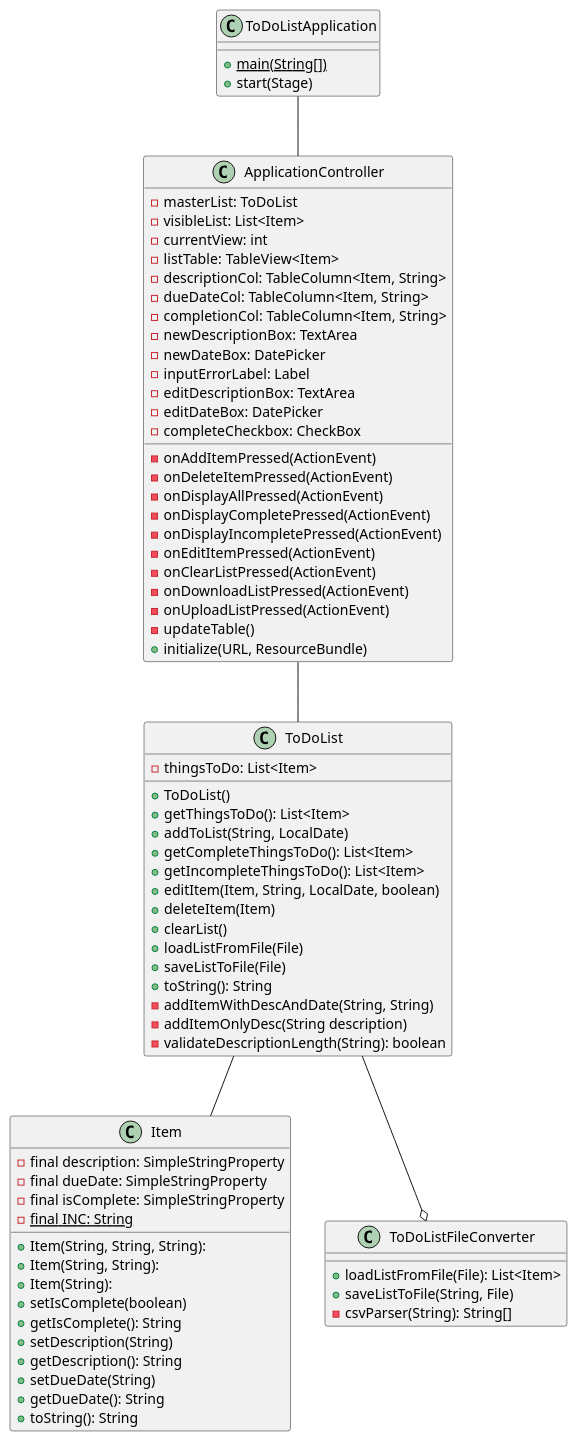
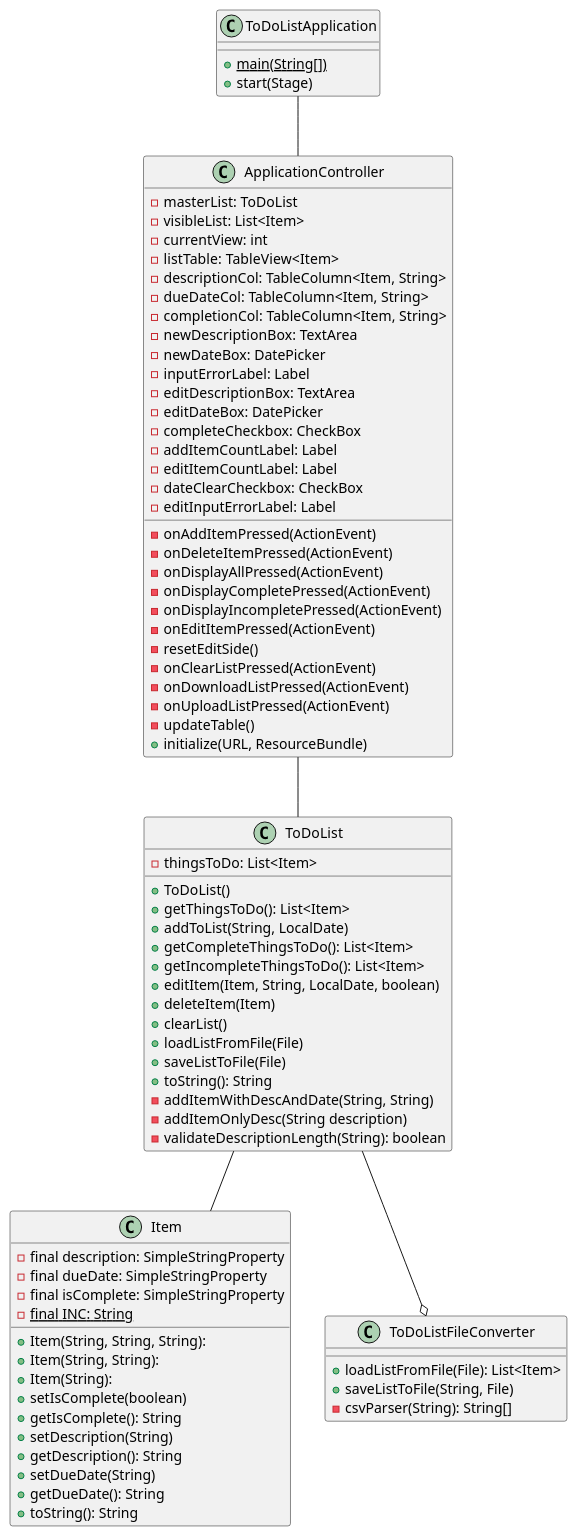
One commit to MRosario530/Rosario-app1-impl changed the diagram in docs/todolistuml.puml. Above: the diagram before and after it, drawn with PlantUML. The commit also changed 5 other files, not shown here.

Commit message:
committing final build, test cases, UML and GUI

```diff
--- a/docs/todolistuml.puml
+++ b/docs/todolistuml.puml
@@ -1,89 +1,94 @@
 @startuml
 
 class ToDoListApplication {
     'methods
     +main(String[]) {static}
     +start(Stage)
 }
 
 class ApplicationController {
     'attributes
     -masterList: ToDoList
     -visibleList: List<Item>
     -currentView: int
     -listTable: TableView<Item>
     -descriptionCol: TableColumn<Item, String>
     -dueDateCol: TableColumn<Item, String>
     -completionCol: TableColumn<Item, String>
     -newDescriptionBox: TextArea
     -newDateBox: DatePicker
     -inputErrorLabel: Label
     -editDescriptionBox: TextArea
     -editDateBox: DatePicker
     -completeCheckbox: CheckBox
+    -addItemCountLabel: Label
+    -editItemCountLabel: Label
+    -dateClearCheckbox: CheckBox
+    -editInputErrorLabel: Label
     'methods
     -onAddItemPressed(ActionEvent)
     -onDeleteItemPressed(ActionEvent)
     -onDisplayAllPressed(ActionEvent)
     -onDisplayCompletePressed(ActionEvent)
     -onDisplayIncompletePressed(ActionEvent)
     -onEditItemPressed(ActionEvent)
+    -resetEditSide()
     -onClearListPressed(ActionEvent)
     -onDownloadListPressed(ActionEvent)
     -onUploadListPressed(ActionEvent)
     -updateTable()
     +initialize(URL, ResourceBundle)
 }
 
 class Item {
     'attributes
     -final description: SimpleStringProperty
     -final dueDate: SimpleStringProperty
     -final isComplete: SimpleStringProperty
     -final INC: String {static}
     'methods
     +Item(String, String, String):
     +Item(String, String):
     +Item(String):
     +setIsComplete(boolean)
     +getIsComplete(): String
     +setDescription(String)
     +getDescription(): String
     +setDueDate(String)
     +getDueDate(): String
     +toString(): String
 }
 
 class ToDoList {
     'attributes
     -thingsToDo: List<Item>
     'methods
     +ToDoList()
     +getThingsToDo(): List<Item>
     +addToList(String, LocalDate)
     +getCompleteThingsToDo(): List<Item>
     +getIncompleteThingsToDo(): List<Item>
     +editItem(Item, String, LocalDate, boolean)
     +deleteItem(Item)
     +clearList()
     +loadListFromFile(File)
     +saveListToFile(File)
     +toString(): String
     -addItemWithDescAndDate(String, String)
     -addItemOnlyDesc(String description)
     -validateDescriptionLength(String): boolean
 }
 
 class ToDoListFileConverter {
     'methods
     +loadListFromFile(File): List<Item>
     +saveListToFile(String, File)
     -csvParser(String): String[]
 }
 
 
 ToDoListApplication -- ApplicationController
 ApplicationController -- ToDoList
 ToDoList --o ToDoListFileConverter
 ToDoList -- Item
 @enduml
```
